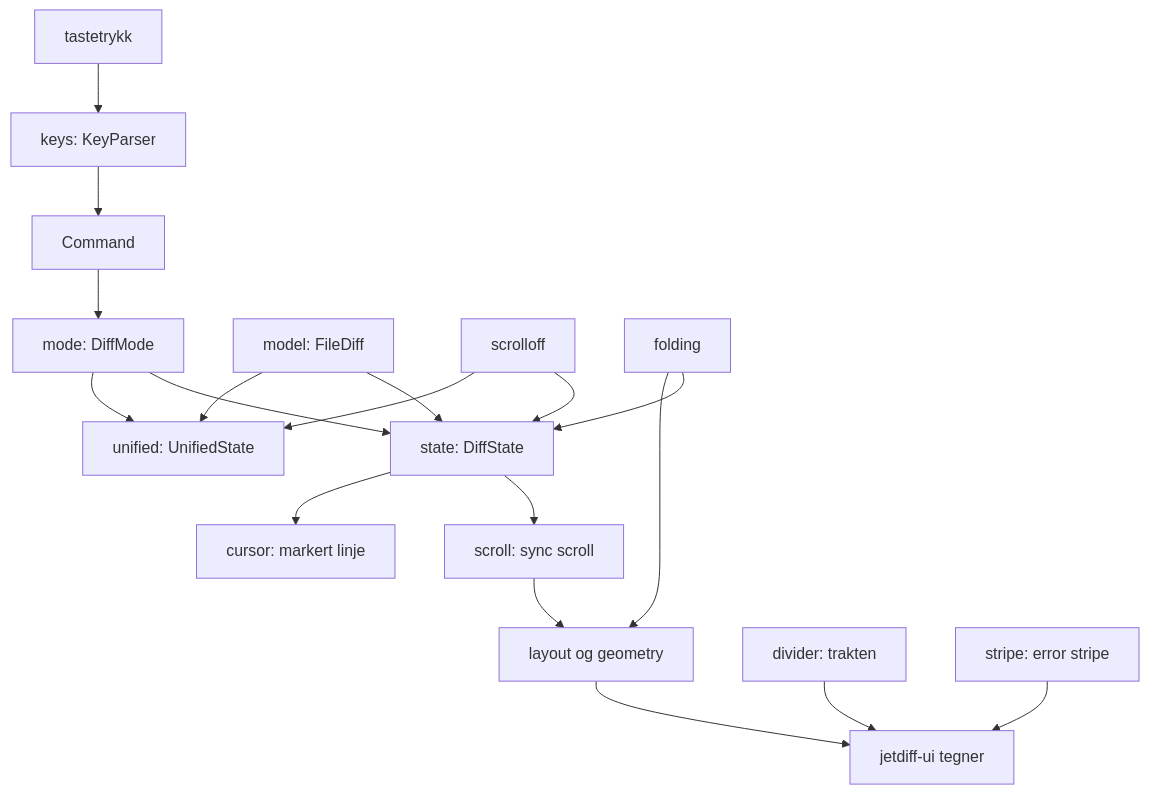
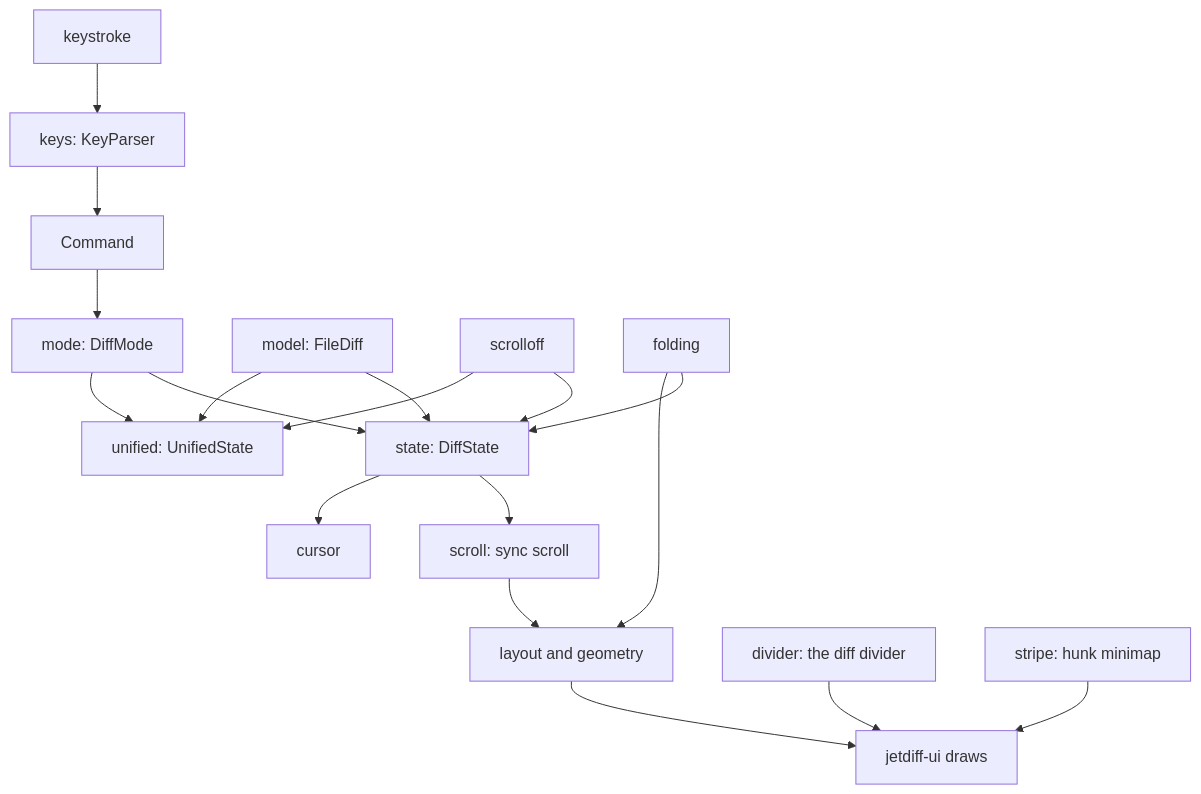
The diagram in crates/jetdiff-viewmodel/README.md (akemkers/jetdiff), drawn with Mermaid before and after one commit. The commit also changed other lines of this file and 15 other files, not shown here.

````diff
--- a/crates/jetdiff-viewmodel/README.md
+++ b/crates/jetdiff-viewmodel/README.md
@@ -38,20 +38,20 @@
 ```mermaid
 graph TD
-    key[tastetrykk] --> keys[keys: KeyParser]
+    key[keystroke] --> keys[keys: KeyParser]
     keys --> cmd[Command]
     cmd --> mode[mode: DiffMode]
     mode --> state[state: DiffState]
     mode --> unified[unified: UnifiedState]
     model[model: FileDiff] --> state
     model --> unified
     scrolloff[scrolloff] --> state
     scrolloff --> unified
     folding[folding] --> state
     state --> scroll[scroll: sync scroll]
-    state --> cursor[cursor: markert linje]
-    scroll --> layout[layout og geometry]
+    state --> cursor[cursor]
+    scroll --> layout[layout and geometry]
     folding --> layout
-    layout --> ui[jetdiff-ui tegner]
-    divider[divider: trakten] --> ui
-    stripe[stripe: error stripe] --> ui
+    layout --> ui[jetdiff-ui draws]
+    divider[divider: the diff divider] --> ui
+    stripe[stripe: hunk minimap] --> ui
 ```
````
